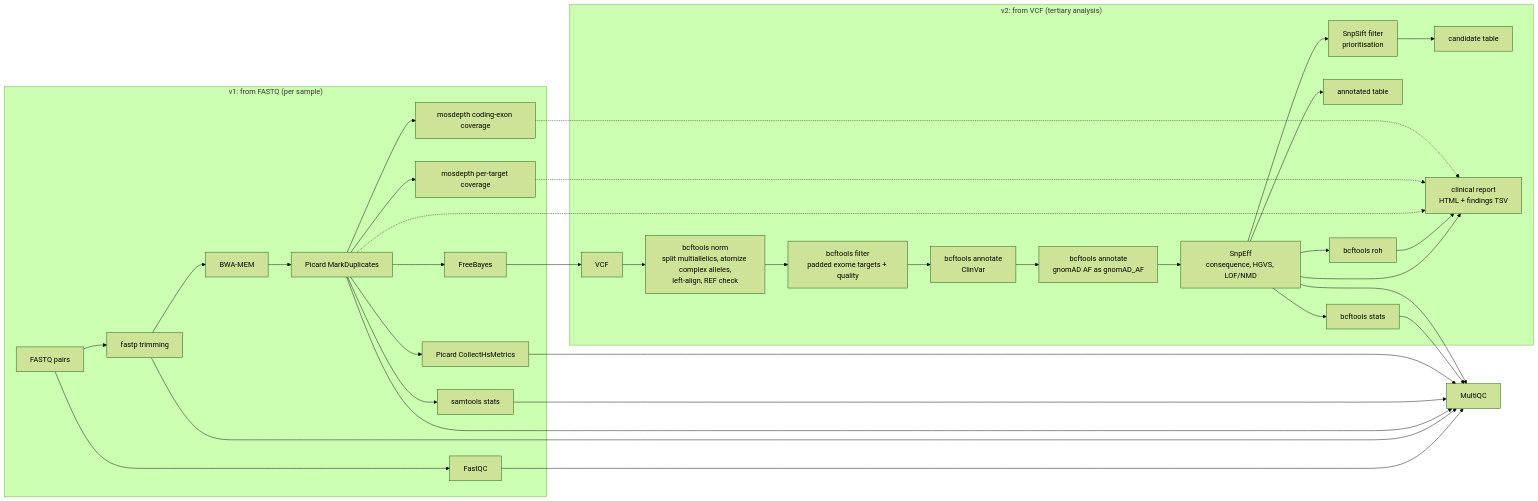
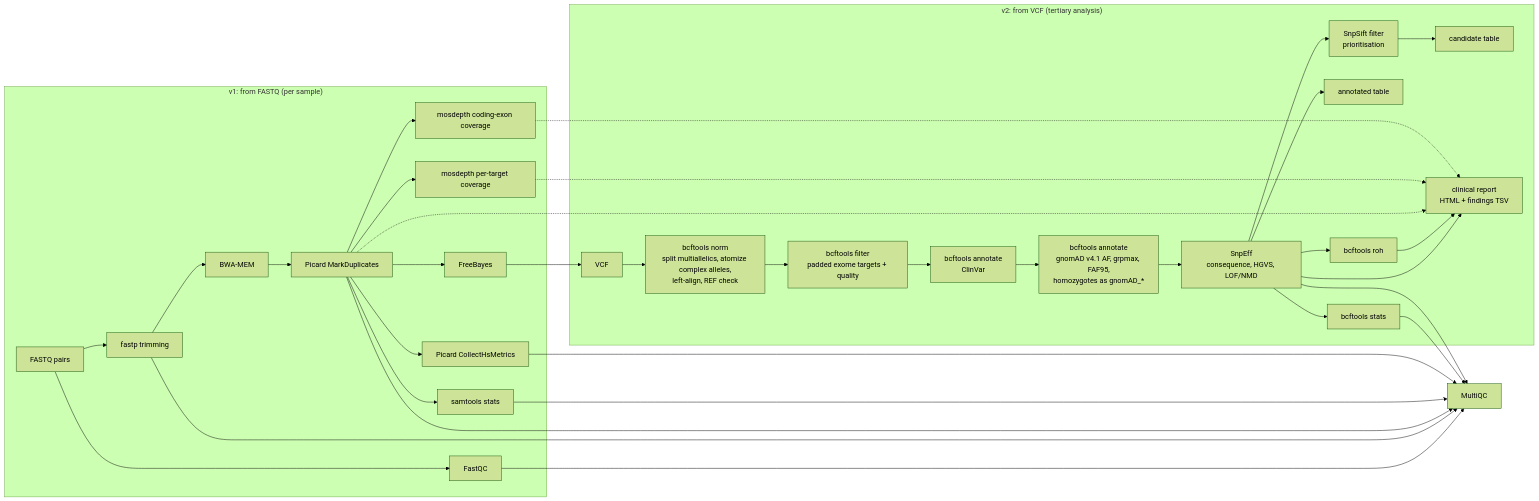
One commit to d0bromir/algorithms changed the diagram in galaxy-workflows/wes-tertiary/README.md. Above: the diagram before and after it, drawn with Mermaid (forest theme). The commit also changed other lines of this file and 13 other files, not shown here.

````diff
--- a/galaxy-workflows/wes-tertiary/README.md
+++ b/galaxy-workflows/wes-tertiary/README.md
@@ -16,21 +16,21 @@
 ```mermaid
 flowchart LR
   subgraph v1["v1: from FASTQ (per sample)"]
     fq[FASTQ pairs] --> fastqc[FastQC] & fastp[fastp trimming]
     fastp --> bwa[BWA-MEM] --> md[Picard MarkDuplicates]
     md --> stats[samtools stats] & hs[Picard CollectHsMetrics] & mos[mosdepth per-target coverage] & cds[mosdepth coding-exon coverage]
     md --> fb[FreeBayes]
   end
   subgraph v2["v2: from VCF (tertiary analysis)"]
     vcf[VCF] --> norm[bcftools norm<br/>split multiallelics, atomize complex alleles,<br/>left-align, REF check]
     norm --> filt[bcftools filter<br/>padded exome targets + quality]
-    filt --> clin[bcftools annotate<br/>ClinVar] --> gnomad[bcftools annotate<br/>gnomAD AF as gnomAD_AF]
+    filt --> clin[bcftools annotate<br/>ClinVar] --> gnomad[bcftools annotate<br/>gnomAD v4.1 AF, grpmax, FAF95,<br/>homozygotes as gnomAD_*]
     gnomad --> eff[SnpEff<br/>consequence, HGVS, LOF/NMD]
     eff --> prio[SnpSift filter<br/>prioritisation] --> ctab[candidate table]
     eff --> atab[annotated table] & bstats[bcftools stats] & roh[bcftools roh]
     eff & roh --> rep[clinical report<br/>HTML + findings TSV]
   end
   fb --> vcf
   md & mos & cds -.-> rep
   fastqc & fastp & md & stats & hs & bstats & eff --> mqc[MultiQC]
 ```
````
